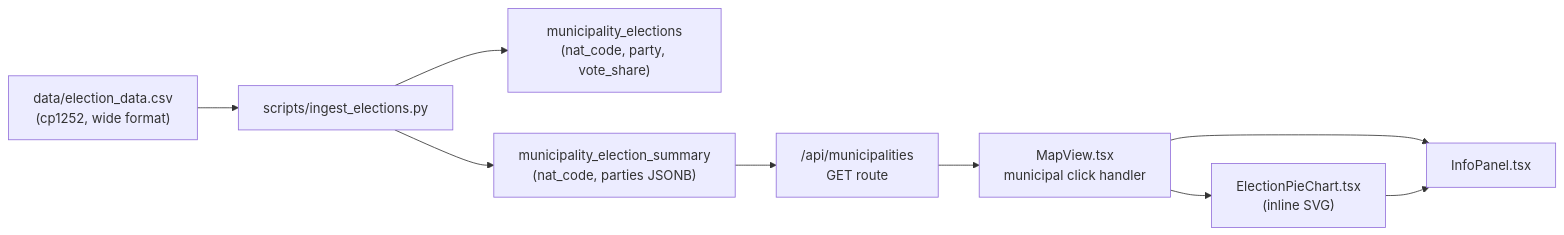
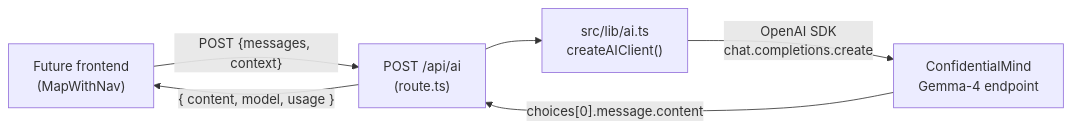
The diagram in MODIFICATION_DESIGN.md (Hylje5000/aurora), drawn with Mermaid before and after one commit. The commit also changed other lines of this file and 8 other files, not shown here.

First line of the commit message:
feat(api): add ConfidentialMind AI backend route

````diff
--- a/MODIFICATION_DESIGN.md
+++ b/MODIFICATION_DESIGN.md
@@ -197,20 +186,13 @@
 ```mermaid
 graph LR
-    CSV["data/election_data.csv\n(cp1252, wide format)"]
-    Script["scripts/ingest_elections.py"]
-    ElectionsTable["municipality_elections\n(nat_code, party, vote_share)"]
-    SummaryTable["municipality_election_summary\n(nat_code, parties JSONB)"]
-    API["/api/municipalities\nGET route"]
-    MapView["MapView.tsx\nmunicipal click handler"]
-    InfoPanel["InfoPanel.tsx"]
-    PieChart["ElectionPieChart.tsx\n(inline SVG)"]
+    Client["Future frontend\n(MapWithNav)"]
+    Route["POST /api/ai\n(route.ts)"]
+    Lib["src/lib/ai.ts\ncreateAIClient()"]
+    CM["ConfidentialMind\nGemma-4 endpoint"]
 
-    CSV --> Script
-    Script --> ElectionsTable
-    Script --> SummaryTable
-    SummaryTable --> API
-    API --> MapView
-    MapView --> InfoPanel
-    MapView --> PieChart
-    PieChart --> InfoPanel
+    Client -->|"POST {messages, context}"| Route
+    Route --> Lib
+    Lib -->|"OpenAI SDK\nchat.completions.create"| CM
+    CM -->|"choices[0].message.content"| Route
+    Route -->|"{ content, model, usage }"| Client
 ```
````
